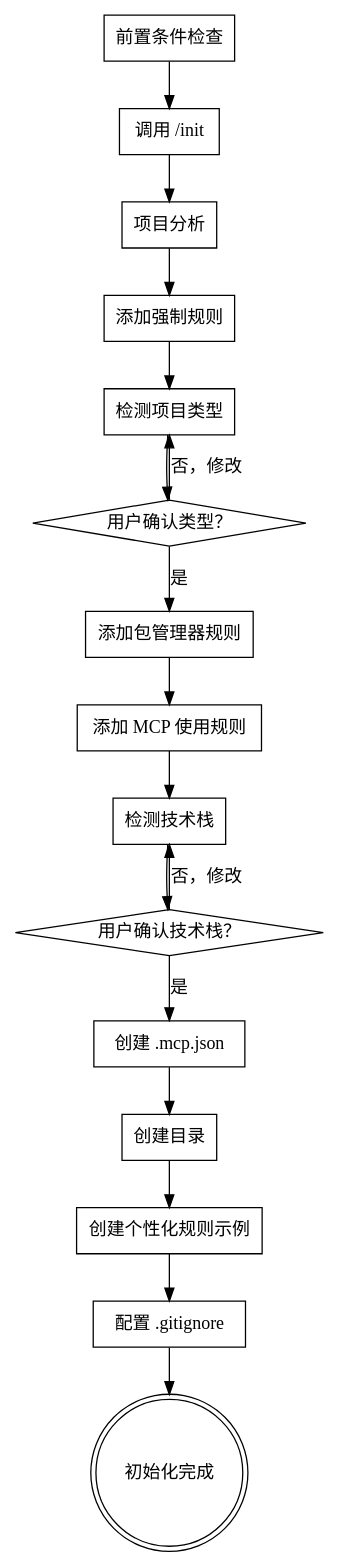
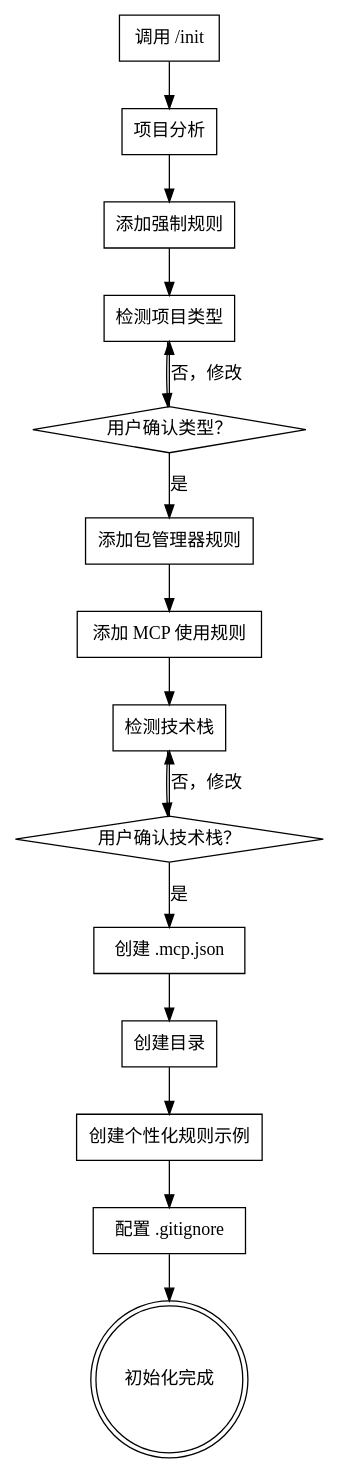
Before and after one commit to ymm512/Cadence-skills: the diagram in skills/cadencing/SKILL.md, drawn with Graphviz. The commit also changed other lines of this file and 4 other files, not shown here.

````diff
--- a/skills/cadencing/SKILL.md
+++ b/skills/cadencing/SKILL.md
@@ -80,36 +37,34 @@
 ```dot
 digraph cadencing {
-    "前置条件检查" [shape=box];
     "调用 /init" [shape=box];
     "项目分析" [shape=box];
     "添加强制规则" [shape=box];
     "检测项目类型" [shape=box];
     "用户确认类型？" [shape=diamond];
     "添加包管理器规则" [shape=box];
     "添加 MCP 使用规则" [shape=box];
     "检测技术栈" [shape=box];
     "用户确认技术栈？" [shape=diamond];
     "创建 .mcp.json" [shape=box];
     "创建目录" [shape=box];
     "创建个性化规则示例" [shape=box];
     "配置 .gitignore" [shape=box];
     "初始化完成" [shape=doublecircle];
 
-    "前置条件检查" -> "调用 /init";
     "调用 /init" -> "项目分析";
     "项目分析" -> "添加强制规则";
     "添加强制规则" -> "检测项目类型";
     "检测项目类型" -> "用户确认类型？";
     "用户确认类型？" -> "检测项目类型" [label="否，修改"];
     "用户确认类型？" -> "添加包管理器规则" [label="是"];
     "添加包管理器规则" -> "添加 MCP 使用规则";
     "添加 MCP 使用规则" -> "检测技术栈";
     "检测技术栈" -> "用户确认技术栈？";
     "用户确认技术栈？" -> "检测技术栈" [label="否，修改"];
     "用户确认技术栈？" -> "创建 .mcp.json" [label="是"];
     "创建 .mcp.json" -> "创建目录";
     "创建目录" -> "创建个性化规则示例";
     "创建个性化规则示例" -> "配置 .gitignore";
     "配置 .gitignore" -> "初始化完成";
 }
 ```
````
